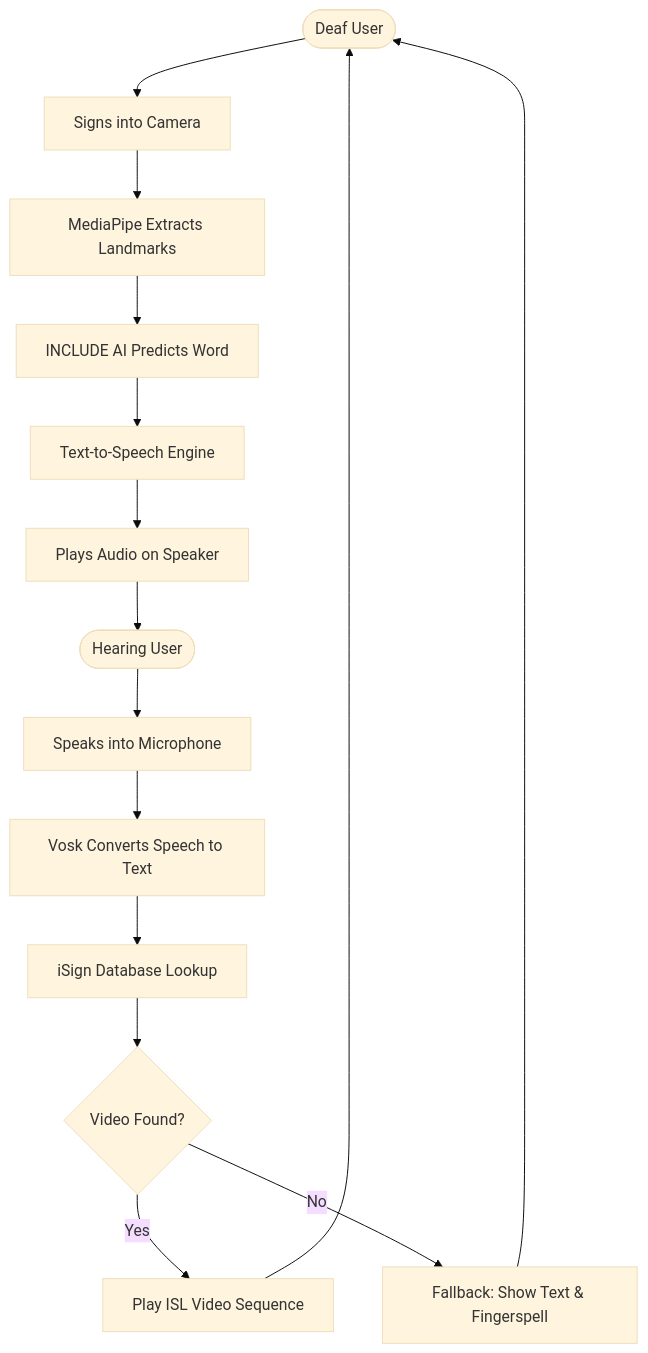
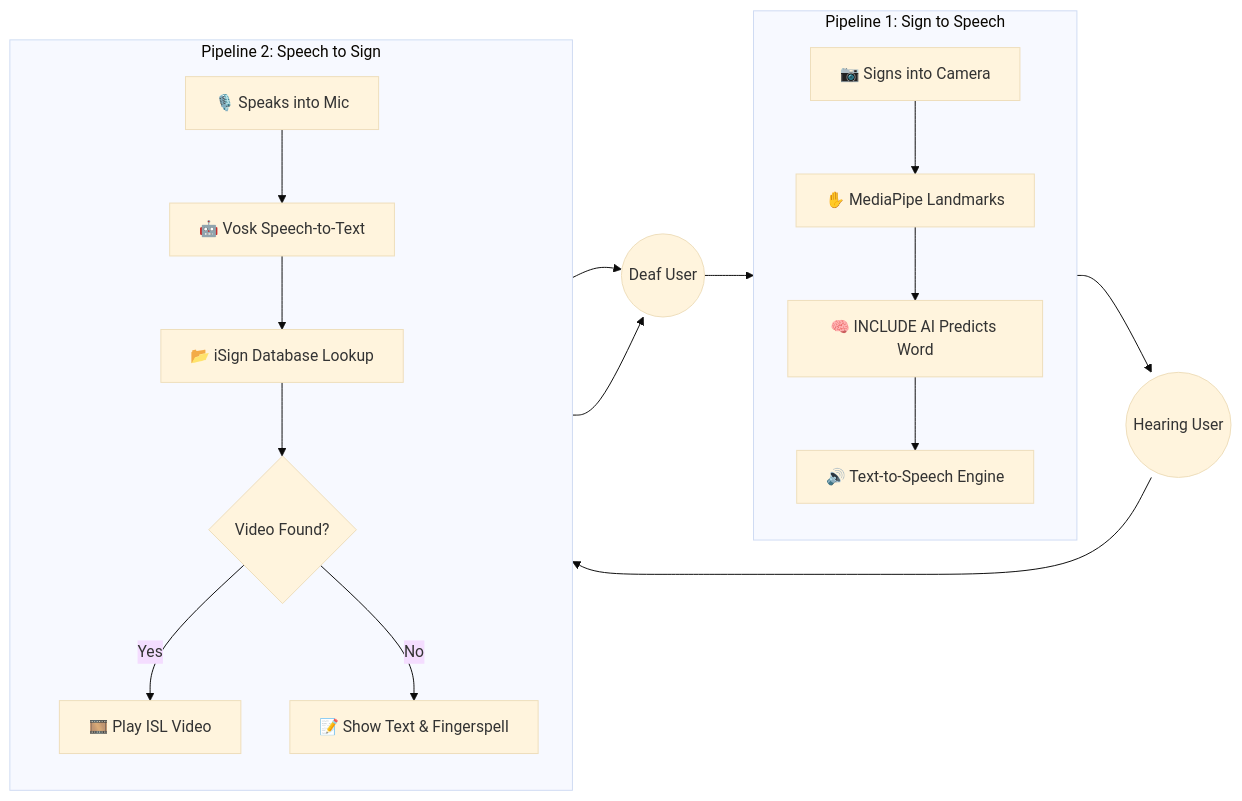
One commit to Dovieee30/VAANI changed the diagram in README.md. Above: the diagram before and after it, drawn with Mermaid (base theme).

Commit message:
Update architecture diagram to Horizontal/Vertical Grid

````diff
--- a/README.md
+++ b/README.md
@@ -19,24 +19,30 @@
 ```mermaid
-graph TD
-    DeafUser([Deaf User])
-    
-    DeafUser --> SignsToCam[Signs into Camera]
-    SignsToCam --> Extract[MediaPipe Extracts Landmarks]
-    Extract --> Predict[INCLUDE AI Predicts Word]
-    Predict --> TTS[Text-to-Speech Engine]
-    TTS --> PlaysAudio[Plays Audio on Speaker]
-    
-    PlaysAudio --> HearingUser([Hearing User])
-    
-    HearingUser --> SpeaksToMic[Speaks into Microphone]
-    SpeaksToMic --> ASR[Vosk Converts Speech to Text]
-    ASR --> Lookup[iSign Database Lookup]
-    
-    Lookup --> Found{Video Found?}
-    
-    Found -->|Yes| PlayISL[Play ISL Video Sequence]
-    Found -->|No| ShowText[Fallback: Show Text & Fingerspell]
-    
-    PlayISL --> DeafUser
-    ShowText --> DeafUser
+graph LR
+    DeafUser((Deaf User))
+    HearingUser((Hearing User))
+
+    subgraph Pipeline1 [Pipeline 1: Sign to Speech]
+        direction TB
+        P1_Cam[📷 Signs into Camera] --> P1_MP[✋ MediaPipe Landmarks]
+        P1_MP --> P1_AI[🧠 INCLUDE AI Predicts Word]
+        P1_AI --> P1_TTS[🔊 Text-to-Speech Engine]
+    end
+
+    subgraph Pipeline2 [Pipeline 2: Speech to Sign]
+        direction TB
+        P2_Mic[🎙️ Speaks into Mic] --> P2_ASR[🤖 Vosk Speech-to-Text]
+        P2_ASR --> P2_DB[📂 iSign Database Lookup]
+        P2_DB --> P2_Dec{Video Found?}
+        P2_Dec -->|Yes| P2_Play[🎞️ Play ISL Video]
+        P2_Dec -->|No| P2_Text[📝 Show Text & Fingerspell]
+    end
+
+    %% Flow 1 (Left to Right)
+    DeafUser --> P1_Cam
+    P1_TTS --> HearingUser
+
+    %% Flow 2 (Right to Left)
+    HearingUser --> P2_Mic
+    P2_Play --> DeafUser
+    P2_Text --> DeafUser
 ```
````
